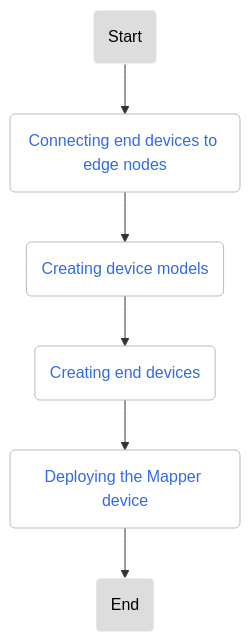
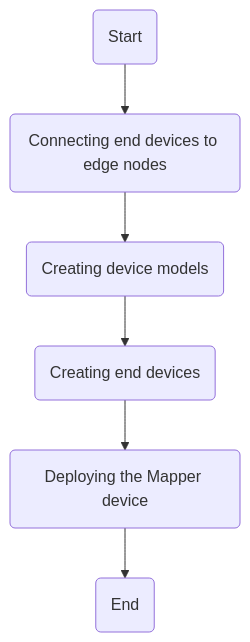
The diagram in docs/en/docs/kant/best-practice/modbus-device-demo.md (DaoCloud/DaoCloud-docs), drawn with Mermaid before and after one commit. The commit also changed 40 other files, not shown here.

Commit message:
remove classdef and class from mermaid blocks globally (#7555)

````diff
--- a/docs/en/docs/kant/best-practice/modbus-device-demo.md
+++ b/docs/en/docs/kant/best-practice/modbus-device-demo.md
@@ -13,20 +13,13 @@
 ```mermaid
 graph TD
     A(Start) --> B(Connecting end devices to edge nodes)
     B --> C(Creating device models)
     C --> D(Creating end devices)
     D --> E(Deploying the Mapper device)
     E --> F(End)
 
-classDef plain fill:#ddd,stroke:#fff,stroke-width:1px,color:#000;
-classDef k8s fill:#326ce5,stroke:#fff,stroke-width:1px,color:#fff;
-classDef cluster fill:#fff,stroke:#bbb,stroke-width:1px,color:#326ce5;
-
-class A,F plain
-class B,C,D,E cluster
-
 click B "https://docs.daocloud.io/en/kant/best-practice/modbus-device-demo.html#connecting-end-devices-to-edge-nodes"
 click C "https://docs.daocloud.io/en/kant/best-practice/modbus-device-demo.html#creating-device-models"
 click D "https://docs.daocloud.io/en/kant/best-practice/modbus-device-demo.html#creating-terminal-devices"
 click E "https://docs.daocloud.io/en/kant/best-practice/modbus-device-demo.html#deploying-the-device-mapper"
 ```
````
